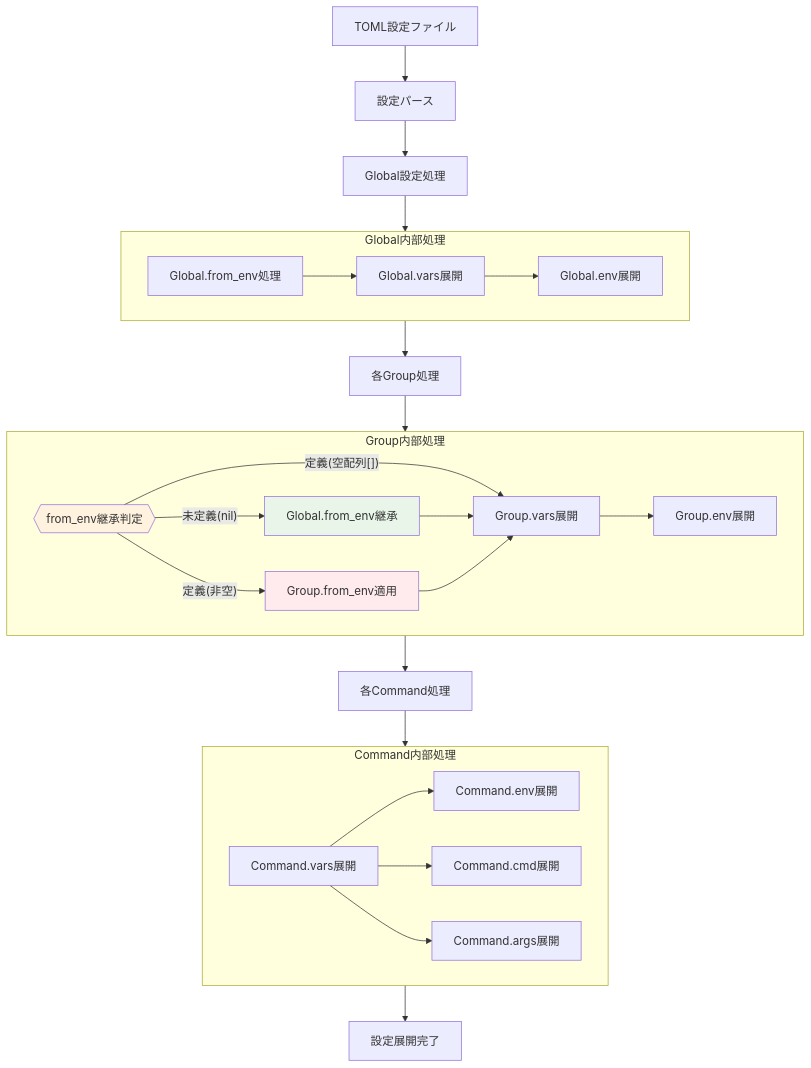
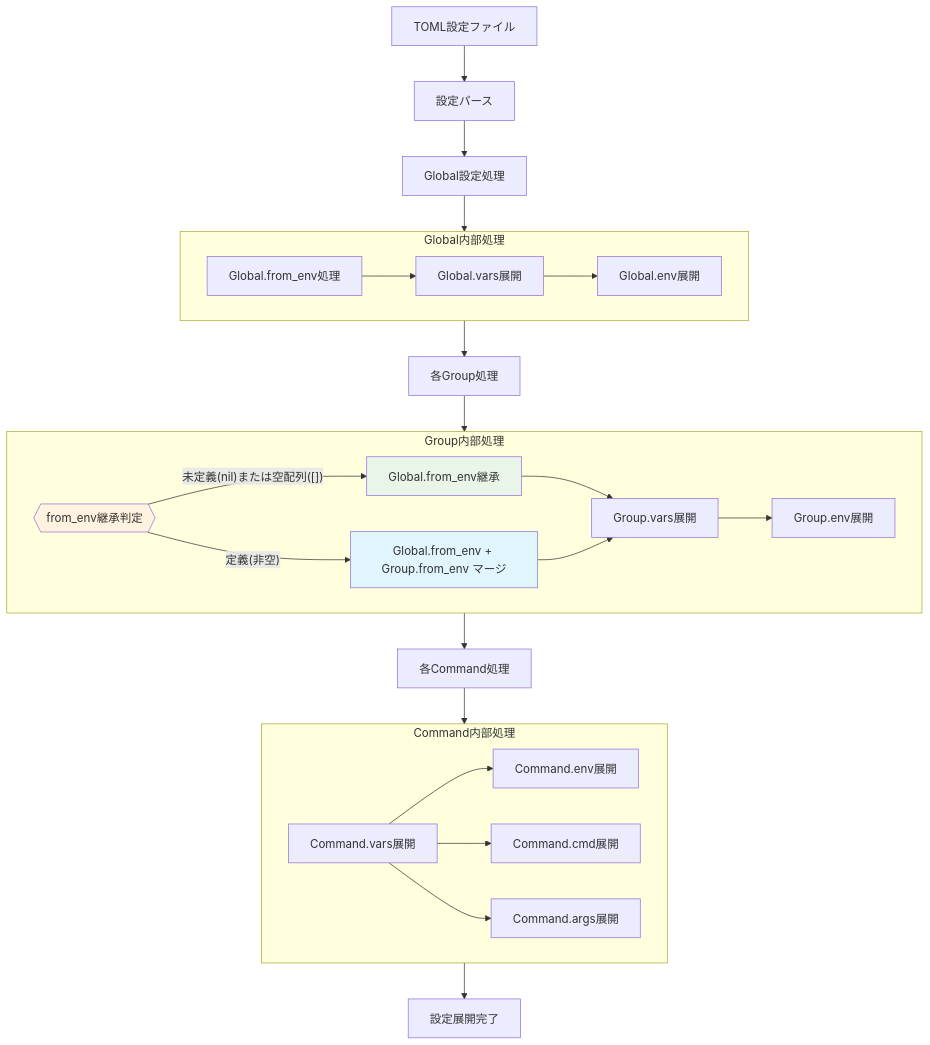
The fifth of 11 diagrams in docs/tasks/0033_vars_env_separation/02_architecture.md (isseis/go-safe-cmd-runner), drawn with Mermaid before and after one commit. The commit also changed other lines of this file and 2 other files, not shown here.

First line of the commit message:
docs: Update from_env inheritance from Override to Merge

````diff
--- a/docs/tasks/0033_vars_env_separation/02_architecture.md
+++ b/docs/tasks/0033_vars_env_separation/02_architecture.md
@@ -129,53 +129,51 @@
 ```mermaid
 flowchart TD
     START["TOML設定ファイル"] --> PARSE["設定パース"]
 
     PARSE --> GLOBAL_PHASE["Global設定処理"]
 
     GLOBAL_PHASE --> GLOBAL_DETAIL
     subgraph GLOBAL_DETAIL["Global内部処理"]
         G_FROM_ENV2["Global.from_env処理"]
         G_FROM_ENV2 --> G_VARS2["Global.vars展開"]
         G_VARS2 --> G_ENV2["Global.env展開"]
     end
     GLOBAL_DETAIL --> GROUP_PHASE["各Group処理"]
 
     CMD_PHASE["各Command処理"] --> CMD_DETAIL
 
     subgraph CMD_DETAIL["Command内部処理"]
         C_VARS["Command.vars展開"]
         C_ENV["Command.env展開"]
         C_CMD["Command.cmd展開"]
         C_ARGS["Command.args展開"]
 
         C_VARS --> C_ENV
         C_VARS --> C_CMD
         C_VARS --> C_ARGS
     end
 
     CMD_DETAIL --> COMPLETE["設定展開完了"]
 
     GROUP_PHASE --> GROUP_DETAIL
 
     subgraph GROUP_DETAIL["Group内部処理"]
         INHERIT_CHECK2{{"from_env継承判定"}}
         INHERIT2["Global.from_env継承"]
-        OVERRIDE2["Group.from_env適用"]
+        MERGE2["Global.from_env + Group.from_env マージ"]
         GR_VARS2["Group.vars展開"]
         GR_ENV2["Group.env展開"]
 
-    INHERIT_CHECK2 -->|"未定義(nil)"| INHERIT2
-    INHERIT_CHECK2 -->|"定義(非空)"| OVERRIDE2
-    INHERIT_CHECK2 -->|"定義(空配列[])"| GR_VARS2
-    %% 空配列([])は何も取り込まない（継承もしない）
+    INHERIT_CHECK2 -->|"未定義(nil)または空配列([])"| INHERIT2
+    INHERIT_CHECK2 -->|"定義(非空)"| MERGE2
         INHERIT2 --> GR_VARS2
-        OVERRIDE2 --> GR_VARS2
+        MERGE2 --> GR_VARS2
         GR_VARS2 --> GR_ENV2
     end
 
     GROUP_DETAIL --> CMD_PHASE
 
     style INHERIT_CHECK2 fill:#fff3e0
     style INHERIT2 fill:#e8f5e8
-    style OVERRIDE2 fill:#ffebee
+    style MERGE2 fill:#e1f5fe
 ```
````
